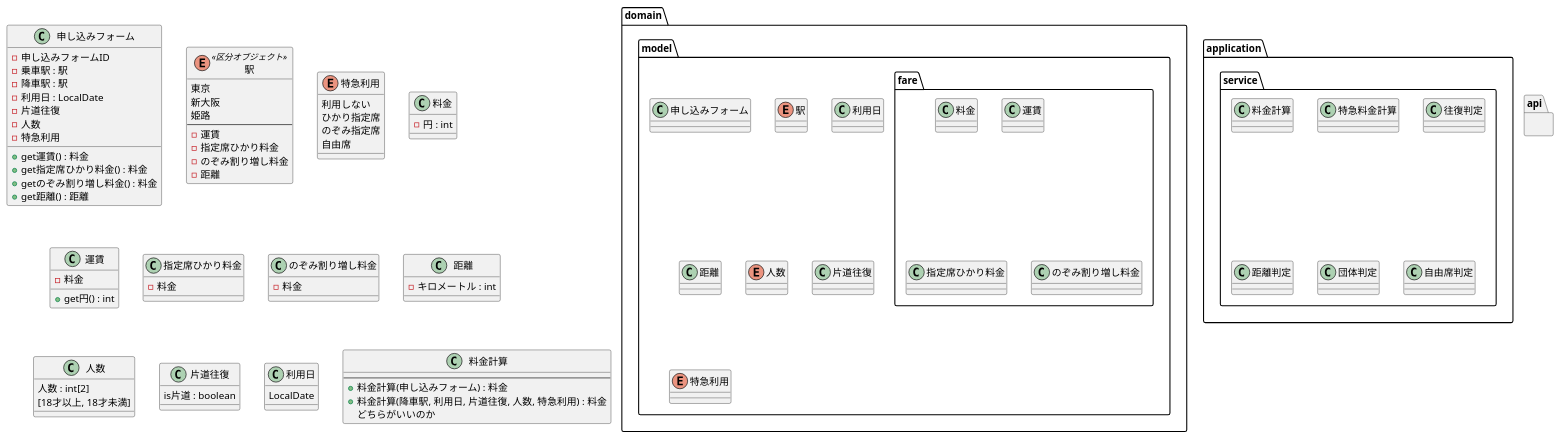
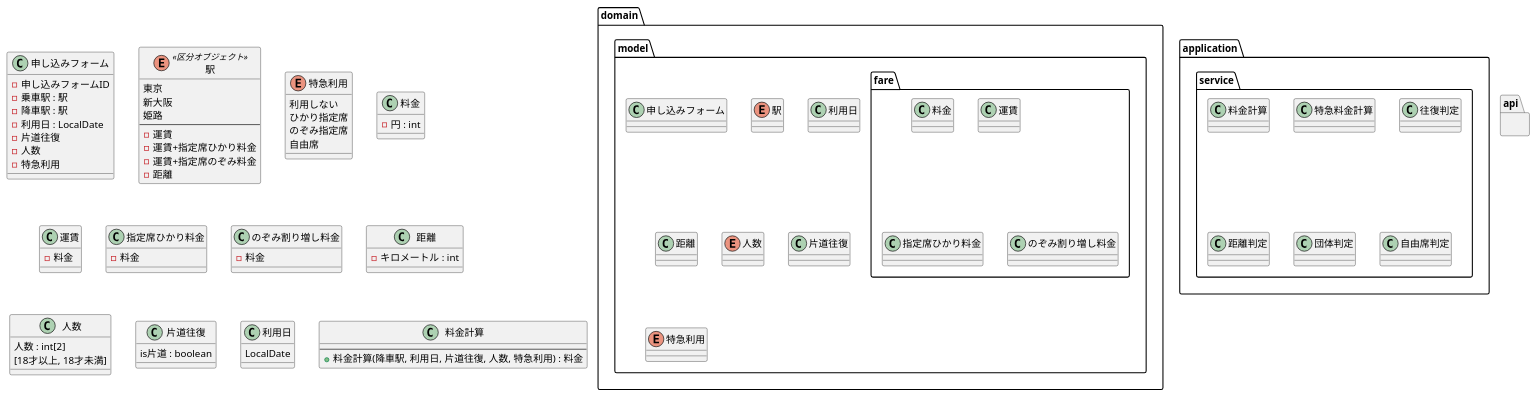
The diagram in uml/class.puml (MiuraKotaro/jr-pricing), drawn with PlantUML before and after one commit. The commit also changed 6 other files, not shown here.

```diff
--- a/uml/class.puml
+++ b/uml/class.puml
@@ -1,103 +1,99 @@
 @startuml
 
 package domain {
     package model {
 
         class 申し込みフォーム
         enum 駅
         package fare {
             class 料金
             class 運賃
             class 指定席ひかり料金
             class のぞみ割り増し料金
         }
         class 利用日
         class 距離
         enum 人数
         class 片道往復
         enum 特急利用
     }
 
 }
 
 package application {
     package service {
         class 料金計算
         class 特急料金計算
 
         class 往復判定
         class 距離判定
         class 団体判定
         class 自由席判定
     }
 }
 
 package api {
 }
 
 class 申し込みフォーム {
     - 申し込みフォームID
     - 乗車駅 : 駅
     - 降車駅 : 駅
     - 利用日 : LocalDate
     - 片道往復
     - 人数
     - 特急利用
 
-    + get運賃() : 料金
-    + get指定席ひかり料金() : 料金
-    + getのぞみ割り増し料金() : 料金
-    + get距離() : 距離
+
 }
 enum 駅 <<区分オブジェクト>> {
     東京
     新大阪
     姫路
     --
     - 運賃
-    - 指定席ひかり料金
-    - のぞみ割り増し料金
+    - 運賃+指定席ひかり料金
+    - 運賃+指定席のぞみ料金
     - 距離
 }
 enum 特急利用 {
     利用しない
     ひかり指定席
     のぞみ指定席
     自由席
 }
 class 料金 {
     - 円 : int
 }
 class 運賃 {
     - 料金
 
-    + get円() : int
 }
 class 指定席ひかり料金 {
     - 料金
+
 }
 class のぞみ割り増し料金 {
     - 料金
+
 }
 class 距離 {
     - キロメートル : int
 }
 class 人数 {
     人数 : int[2]
     [18才以上, 18才未満]
 }
 class 片道往復 {
     is片道 : boolean
 }
 class 利用日 {
     LocalDate
 }
 
 class 料金計算 {
     --
-    + 料金計算(申し込みフォーム) : 料金
     + 料金計算(降車駅, 利用日, 片道往復, 人数, 特急利用) : 料金
-    どちらがいいのか
 }
 
 @enduml
```
